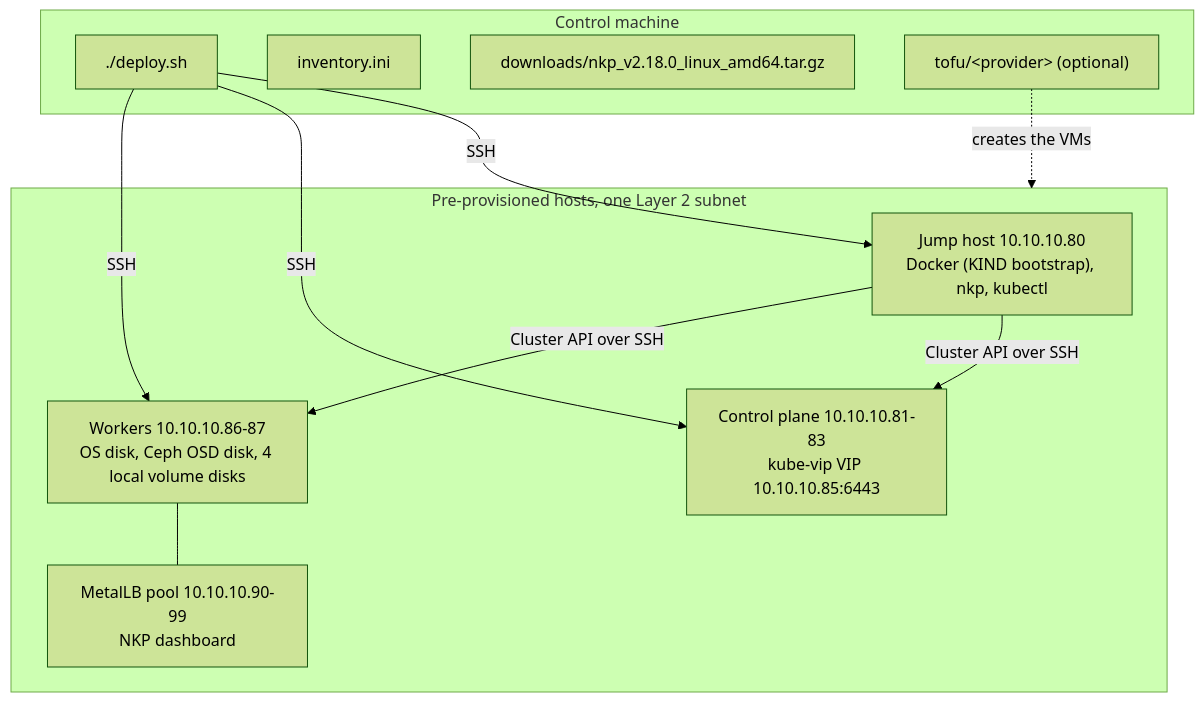
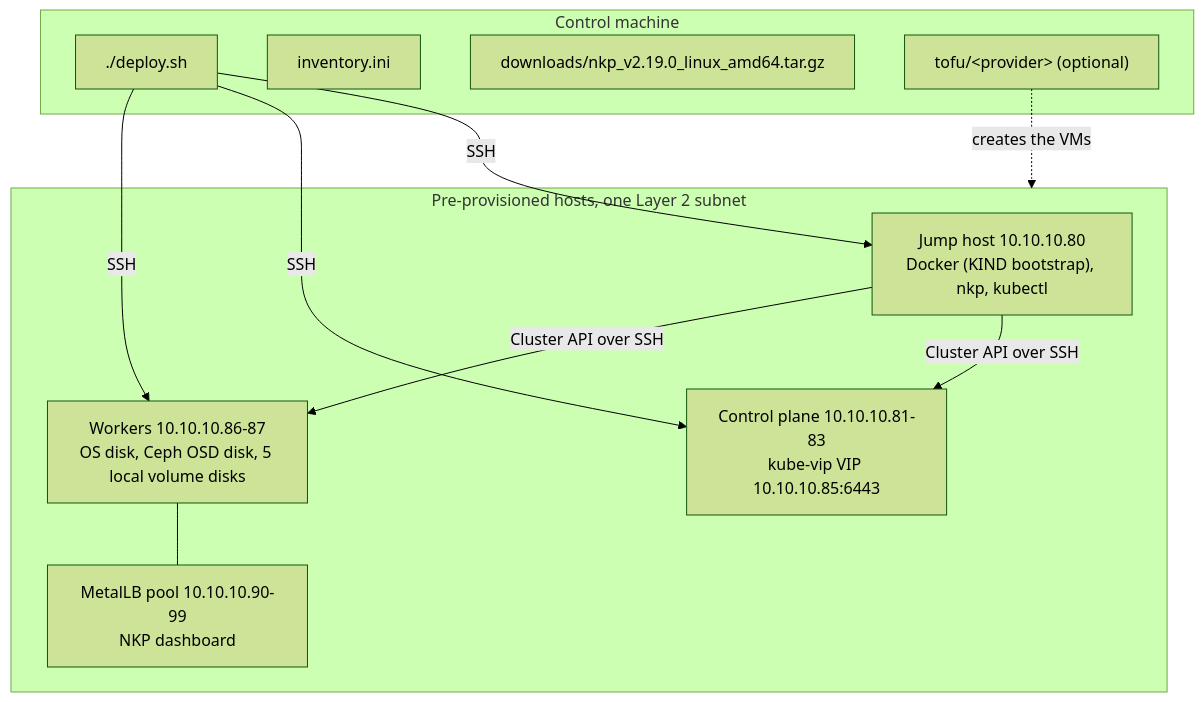
The diagram in README.md (marco-fabbri/nkp-preprovisioned-toolkit), drawn with Mermaid (forest theme) before and after one commit. The commit also changed other lines of this file and 50 other files, not shown here.

````diff
--- a/README.md
+++ b/README.md
@@ -60,24 +65,24 @@
 ```mermaid
 flowchart TD
     subgraph Controller [Control machine]
         CLI["./deploy.sh"]
         Inv["inventory.ini"]
-        Bin["downloads/nkp_v2.18.0_linux_amd64.tar.gz"]
+        Bin["downloads/nkp_v2.19.0_linux_amd64.tar.gz"]
         Tofu["tofu/&lt;provider&gt; (optional)"]
     end
 
     subgraph Hosts [Pre-provisioned hosts, one Layer 2 subnet]
         JH["Jump host 10.10.10.80<br/>Docker (KIND bootstrap), nkp, kubectl"]
         CP["Control plane 10.10.10.81-83<br/>kube-vip VIP 10.10.10.85:6443"]
-        W["Workers 10.10.10.86-87<br/>OS disk, Ceph OSD disk, 4 local volume disks"]
+        W["Workers 10.10.10.86-87<br/>OS disk, Ceph OSD disk, 5 local volume disks"]
         LB["MetalLB pool 10.10.10.90-99<br/>NKP dashboard"]
     end
 
     Tofu -.->|creates the VMs| Hosts
     CLI -->|SSH| JH
     CLI -->|SSH| CP
     CLI -->|SSH| W
     JH -->|Cluster API over SSH| CP
     JH -->|Cluster API over SSH| W
     W --- LB
 ```
````
